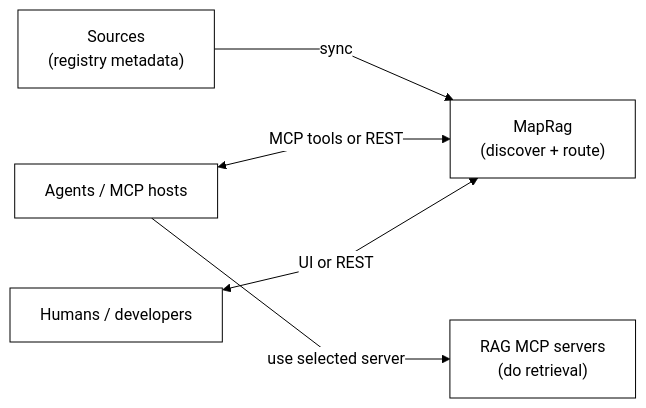
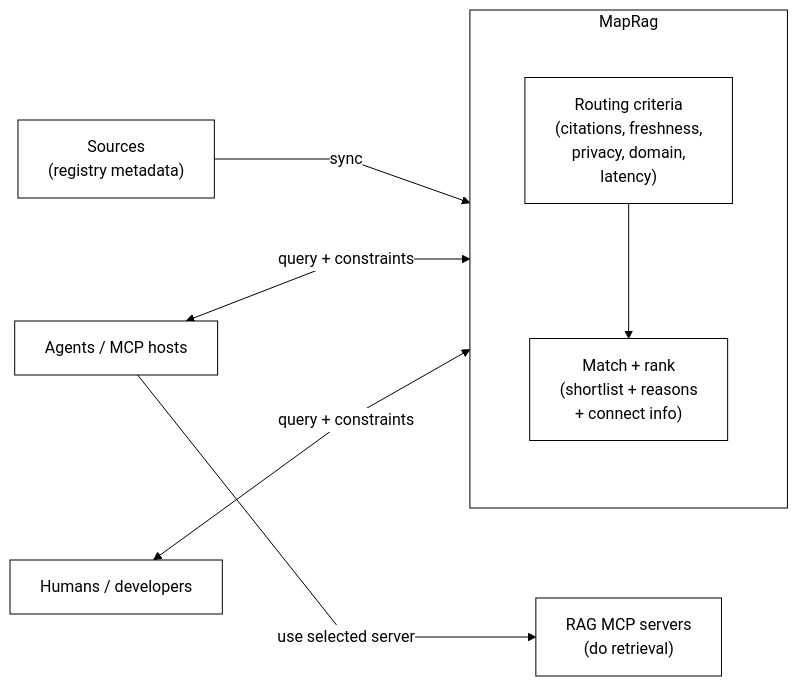
The diagram in README.md (khalidsaidi/ragmap), drawn with Mermaid before and after one commit. The commit also changed 2 other files, not shown here.

Commit message:
Add routing criteria back to concept diagram

````diff
--- a/README.md
+++ b/README.md
@@ -25,18 +25,24 @@
 ```mermaid
-%%{init: {"theme":"base","themeVariables":{"primaryColor":"#ffffff","primaryTextColor":"#000000","primaryBorderColor":"#000000","lineColor":"#000000","secondaryColor":"#ffffff","tertiaryColor":"#ffffff","clusterBkg":"#ffffff","clusterBorder":"#000000","edgeLabelBackground":"#ffffff"},"flowchart":{"curve":"linear","nodeSpacing":70,"rankSpacing":90}}}%%
+%%{init: {"theme":"base","themeVariables":{"primaryColor":"#ffffff","primaryTextColor":"#000000","primaryBorderColor":"#000000","lineColor":"#000000","secondaryColor":"#ffffff","tertiaryColor":"#ffffff","clusterBkg":"#ffffff","clusterBorder":"#000000","edgeLabelBackground":"#ffffff"},"flowchart":{"curve":"linear","nodeSpacing":90,"rankSpacing":110}}}%%
 flowchart LR
   %% Concept-only diagram (no deployment, framework, or datastore details)
 
   classDef mono fill:#ffffff,stroke:#000000,color:#000000,stroke-width:1px;
 
   Sources["Sources\n(registry metadata)"]:::mono
-  MapRag["MapRag\n(discover + route)"]:::mono
   Agents["Agents / MCP hosts"]:::mono
   Humans["Humans / developers"]:::mono
   Retrieval["RAG MCP servers\n(do retrieval)"]:::mono
 
-  Sources -->|sync| MapRag
-  Agents <-->|MCP tools or REST| MapRag
-  Humans <-->|UI or REST| MapRag
+  subgraph MR["MapRag"]
+    direction TB
+    Criteria["Routing criteria\n(citations, freshness,\nprivacy, domain,\nlatency)"]:::mono
+    Engine["Match + rank\n(shortlist + reasons\n+ connect info)"]:::mono
+    Criteria --> Engine
+  end
+
+  Sources -->|sync| Engine
+  Agents <-->|query + constraints| Engine
+  Humans <-->|query + constraints| Engine
   Agents -->|use selected server| Retrieval
 ```
````
